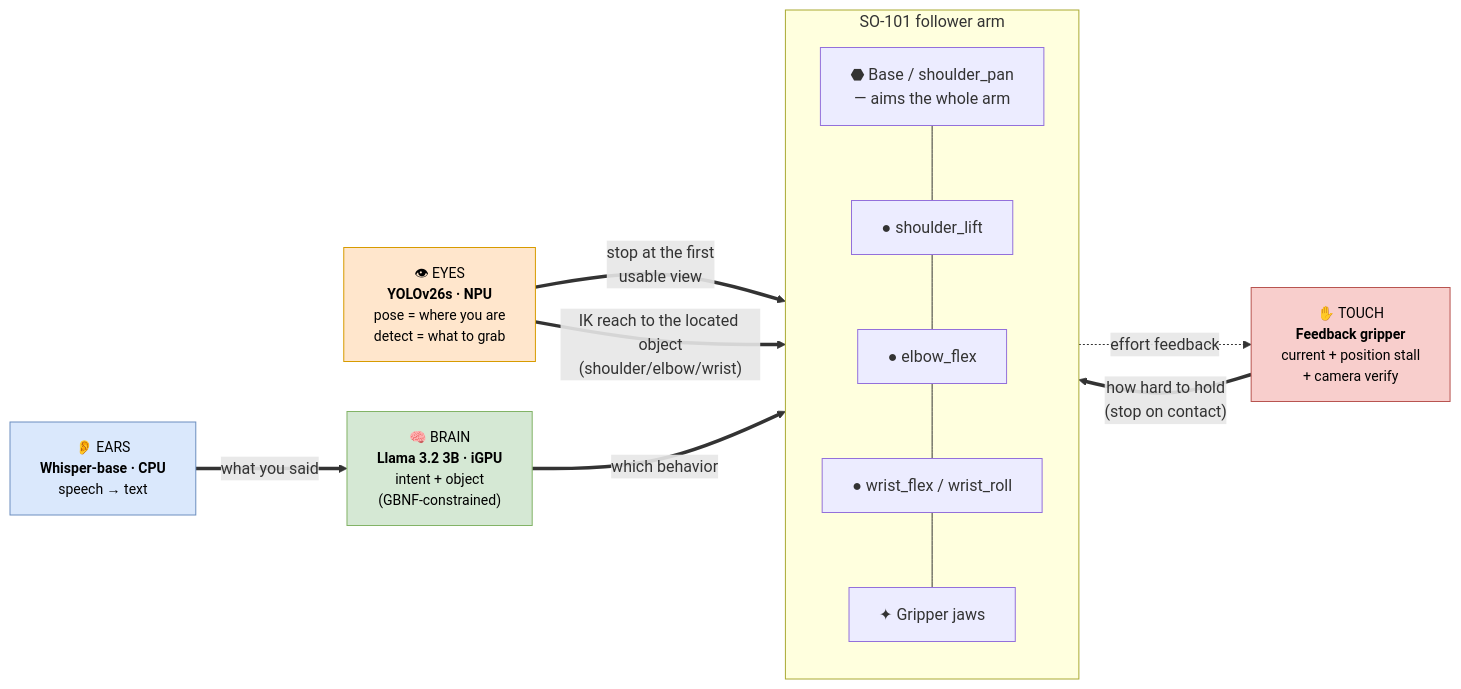
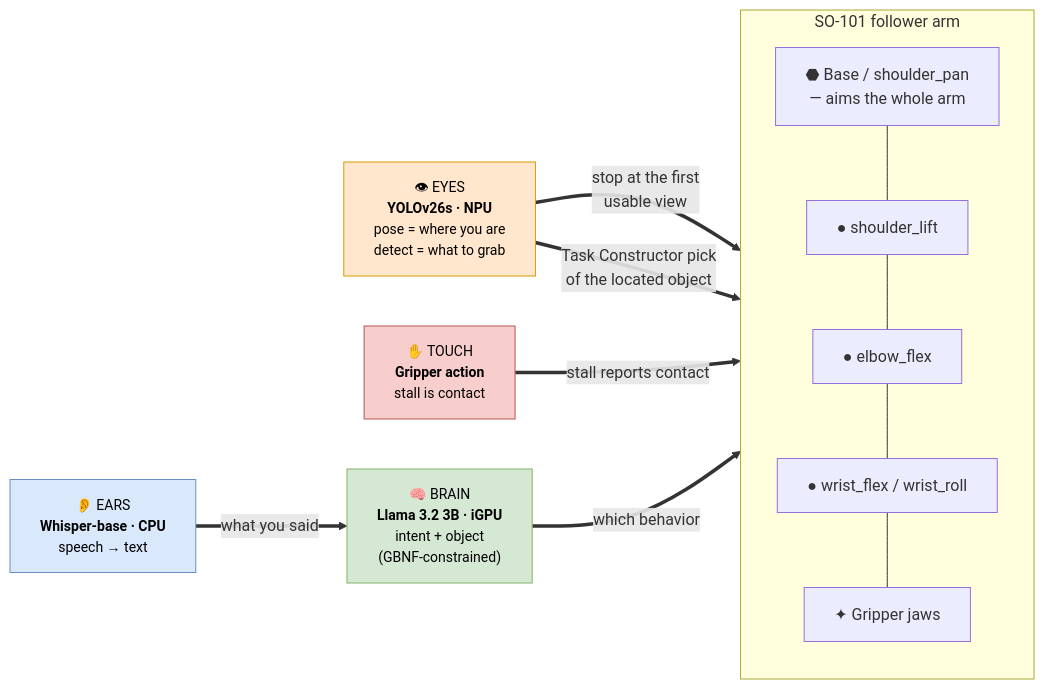
Before and after one commit to ThomasGmeinder/embedded-x86-ai: the second of 3 diagrams in workshops/vvla-pipeline/README.md, drawn with Mermaid. The commit also changed other lines of this file and 22 other files, not shown here.

````diff
--- a/workshops/vvla-pipeline/README.md
+++ b/workshops/vvla-pipeline/README.md
@@ -92,29 +92,28 @@
 ```mermaid
 flowchart LR
     subgraph BODY["SO-101 follower arm"]
         direction TB
         BASE["⬣ Base / shoulder_pan<br/>— aims the whole arm"]
         SHOULDER["● shoulder_lift"]
         ELBOW["● elbow_flex"]
         WRIST["● wrist_flex / wrist_roll"]
         JAW["✦ Gripper jaws"]
         BASE --- SHOULDER --- ELBOW --- WRIST --- JAW
     end
 
     EARS["👂 EARS<br/><b>Whisper-base · CPU</b><br/>speech → text"]:::ear
     BRAIN["🧠 BRAIN<br/><b>Llama 3.2 3B · iGPU</b><br/>intent + object<br/>(GBNF-constrained)"]:::brain
     EYES["👁 EYES<br/><b>YOLOv26s · NPU</b><br/>pose = where you are<br/>detect = what to grab"]:::eye
-    TOUCH["✋ TOUCH<br/><b>Feedback gripper</b><br/>current + position stall<br/>+ camera verify"]:::touch
+    TOUCH["✋ TOUCH<br/><b>Gripper action</b><br/>stall is contact"]:::touch
 
     EARS ==>|"what you said"| BRAIN
     BRAIN ==>|"which behavior"| BODY
     EYES ==>|"stop at the first<br/>usable view"| BASE
-    EYES ==>|"IK reach to the located object<br/>(shoulder/elbow/wrist)"| ELBOW
-    TOUCH ==>|"how hard to hold<br/>(stop on contact)"| JAW
-    JAW -.->|"effort feedback"| TOUCH
+    EYES ==>|"Task Constructor pick<br/>of the located object"| ELBOW
+    TOUCH ==>|"stall reports contact"| JAW
 
     classDef ear fill:#dae8fc,stroke:#6c8ebf,color:#000,font-size:14px;
     classDef brain fill:#d5e8d4,stroke:#82b366,color:#000,font-size:14px;
     classDef eye fill:#ffe6cc,stroke:#d79b00,color:#000,font-size:14px;
     classDef touch fill:#f8cecc,stroke:#b85450,color:#000,font-size:14px;
 ```
````
